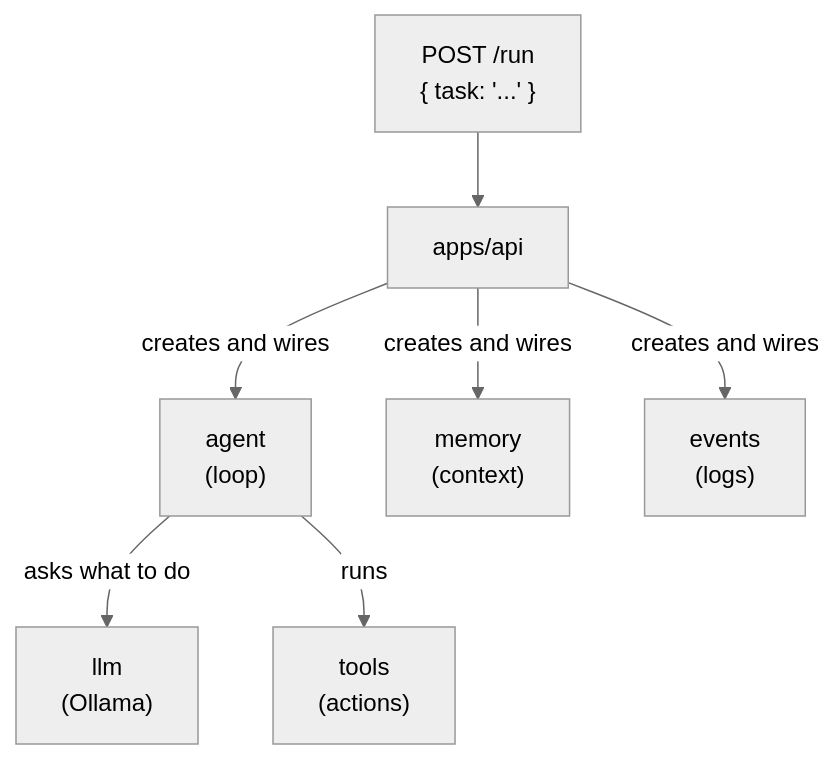
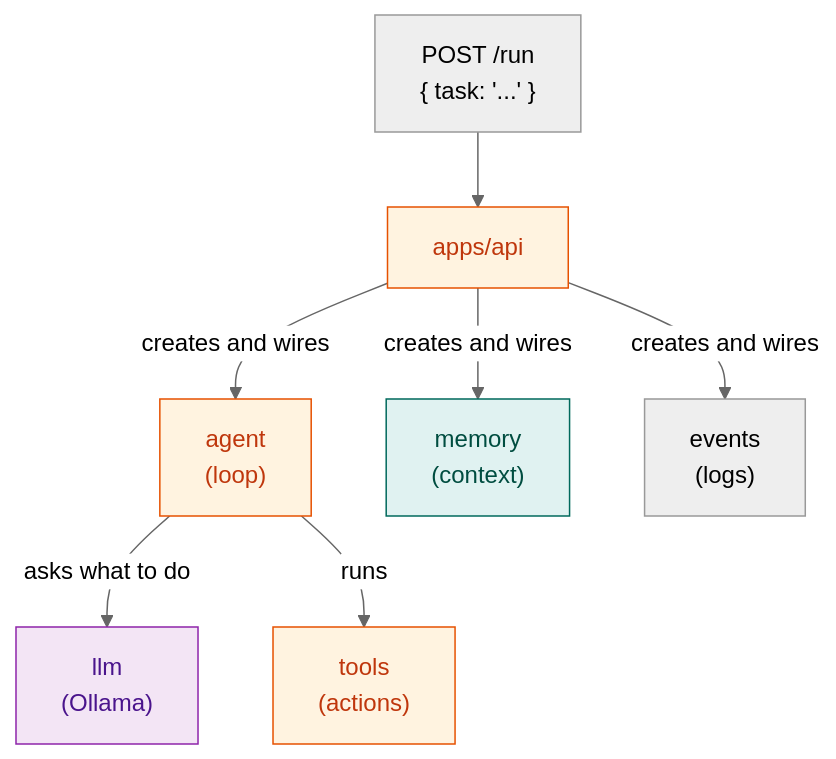
One commit to Guebbit/AI-coding-assistant changed the first of 3 diagrams in docs/packages/index.md. Above: the diagram before and after it, drawn with Mermaid (neutral theme). The commit also changed other lines of this file and 54 other files, not shown here.

First line of the commit message:
docs: add mermaid diagrams to quickstart & ollama-notes, color-code all flowcharts

````diff
--- a/docs/packages/index.md
+++ b/docs/packages/index.md
@@ -27,9 +27,14 @@
 ```mermaid
 flowchart TD
     POST["POST /run\n{ task: '...' }"] --> API["apps/api"]
     API -->|creates and wires| Agent["agent\n(loop)"]
     API -->|creates and wires| Memory["memory\n(context)"]
     API -->|creates and wires| Events["events\n(logs)"]
     Agent -->|asks what to do| LLM["llm\n(Ollama)"]
     Agent -->|runs| Tools["tools\n(actions)"]
+    style API fill:#fff3e0,stroke:#e65100,color:#bf360c
+    style Agent fill:#fff3e0,stroke:#e65100,color:#bf360c
+    style Memory fill:#e0f2f1,stroke:#00695c,color:#004d40
+    style LLM fill:#f3e5f5,stroke:#8e24aa,color:#4a148c
+    style Tools fill:#fff3e0,stroke:#e65100,color:#bf360c
 ```
````
